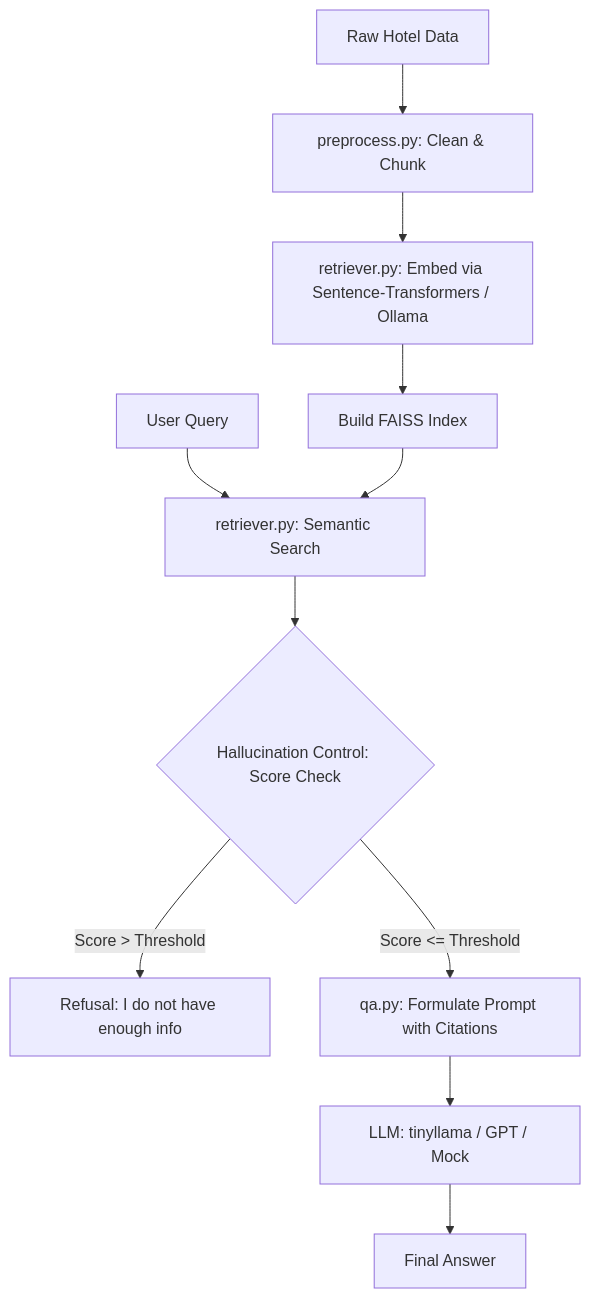
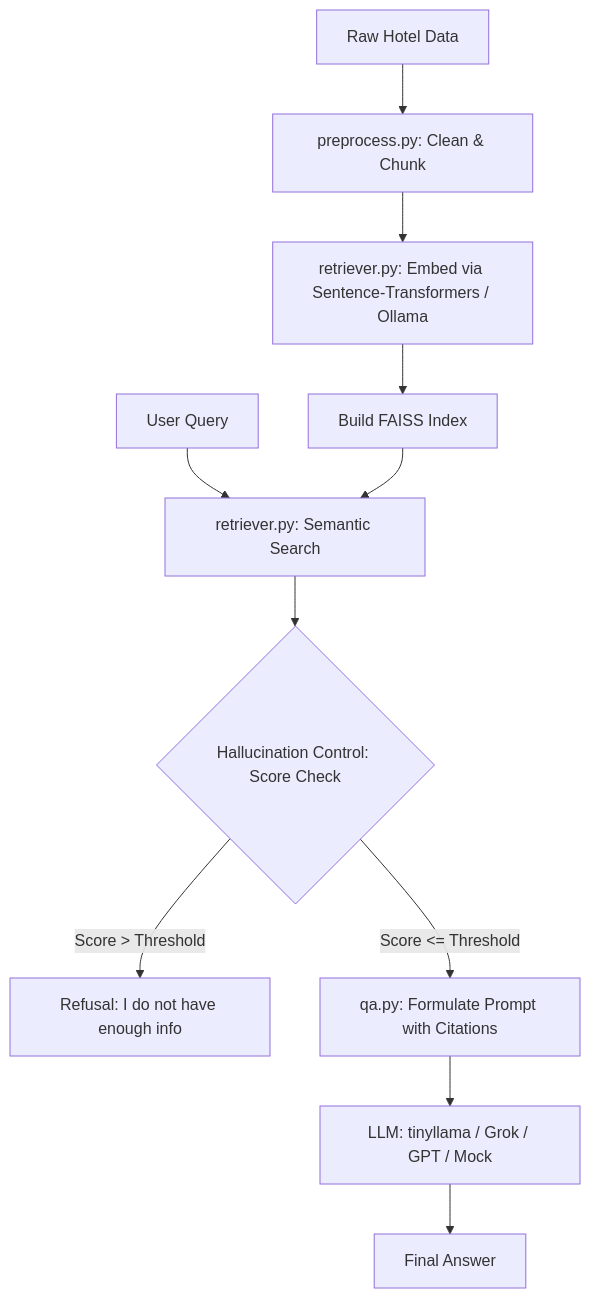
One commit to HARMAN-SINGH0001/Rag_based changed the diagram in README.md. Above: the diagram before and after it, drawn with Mermaid. The commit also changed other lines of this file and 5 other files, not shown here.

````diff
--- a/README.md
+++ b/README.md
@@ -9,13 +9,13 @@
 ```mermaid
 graph TD
     A[Raw Hotel Data] --> B[preprocess.py: Clean & Chunk]
     B --> C[retriever.py: Embed via Sentence-Transformers / Ollama]
     C --> D[Build FAISS Index]
     E[User Query] --> F[retriever.py: Semantic Search]
     D --> F
     F --> G{Hallucination Control: Score Check}
     G -- Score > Threshold --> H[Refusal: I do not have enough info]
     G -- Score <= Threshold --> I[qa.py: Formulate Prompt with Citations]
-    I --> J[LLM: tinyllama / GPT / Mock]
+    I --> J[LLM: tinyllama / Grok / GPT / Mock]
     J --> K[Final Answer]
 ```
````
